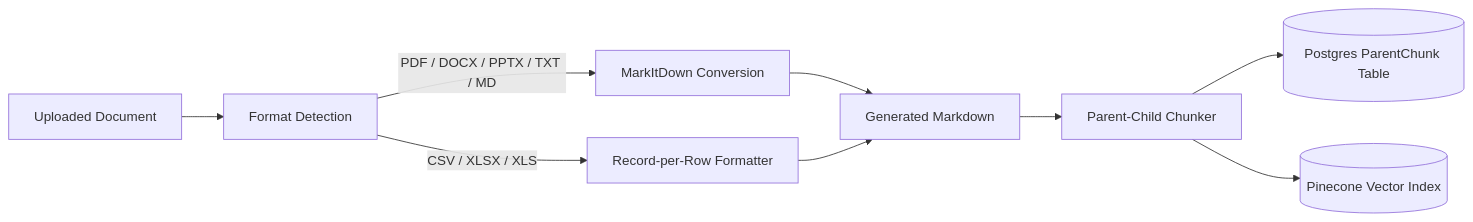
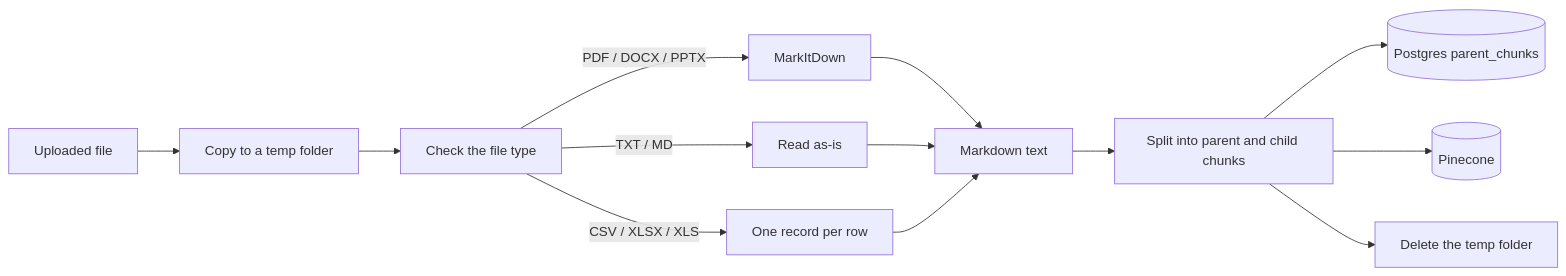
One commit to SurgeEnterpriseAI/Surge-FAQ-Chatbot changed the diagram in README.md. Above: the diagram before and after it, drawn with Mermaid. The commit also changed other lines of this file and 41 other files, not shown here.

````diff
--- a/README.md
+++ b/README.md
@@ -204,11 +232,15 @@
 ```mermaid
 flowchart LR
-    File[Uploaded Document] --> Detect[Format Detection]
-    Detect -->|PDF / DOCX / PPTX / TXT / MD| MarkItDown[MarkItDown Conversion]
-    Detect -->|CSV / XLSX / XLS| Tabular[Record-per-Row Formatter]
-    MarkItDown --> Markdown[Generated Markdown]
-    Tabular --> Markdown
-    Markdown --> Chunker[Parent-Child Chunker]
-    Chunker --> ParentStore[(Postgres ParentChunk Table)]
-    Chunker --> VectorStore[(Pinecone Vector Index)]
+    File[Uploaded file] --> Temp[Copy to a temp folder]
+    Temp --> Detect[Check the file type]
+    Detect -->|PDF / DOCX / PPTX| MarkItDown[MarkItDown]
+    Detect -->|TXT / MD| Direct[Read as-is]
+    Detect -->|CSV / XLSX / XLS| Records[One record per row]
+    MarkItDown --> Markdown[Markdown text]
+    Direct --> Markdown
+    Records --> Markdown
+    Markdown --> Chunker[Split into parent and child chunks]
+    Chunker --> ParentStore[(Postgres parent_chunks)]
+    Chunker --> VectorStore[(Pinecone)]
+    Chunker --> Cleanup[Delete the temp folder]
 ```
````
